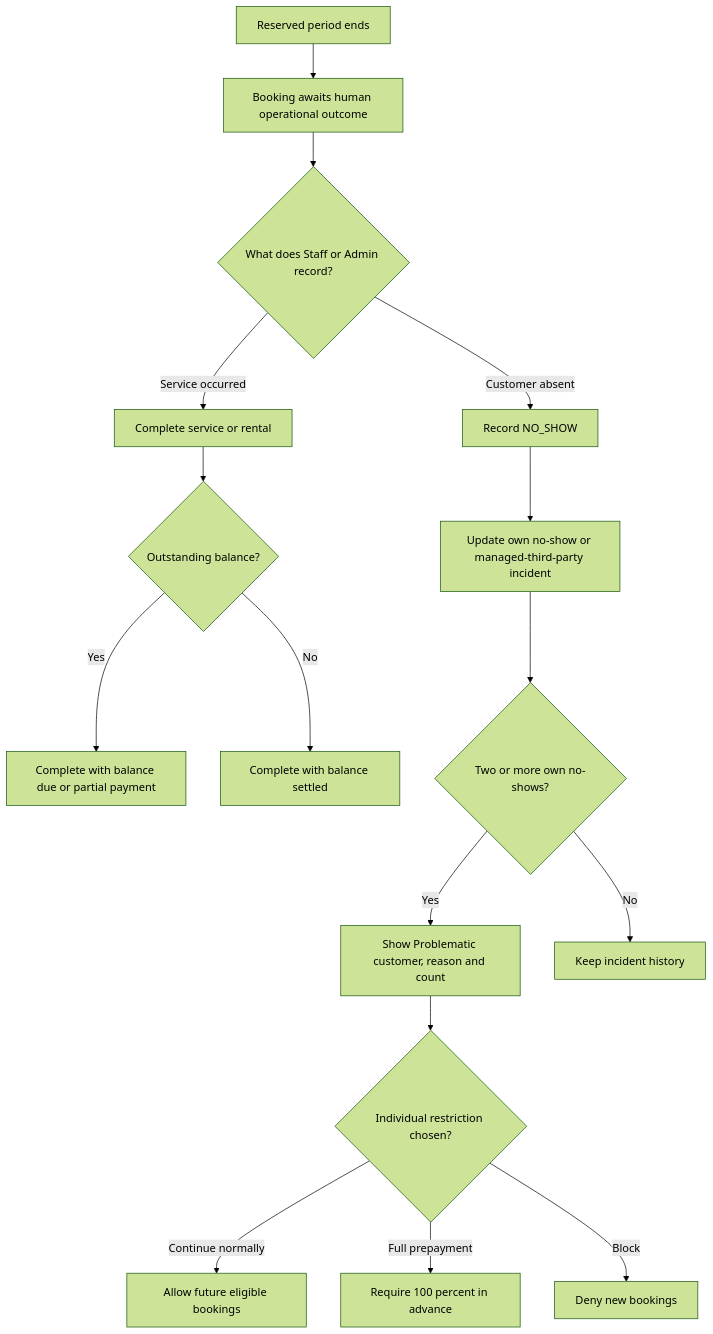
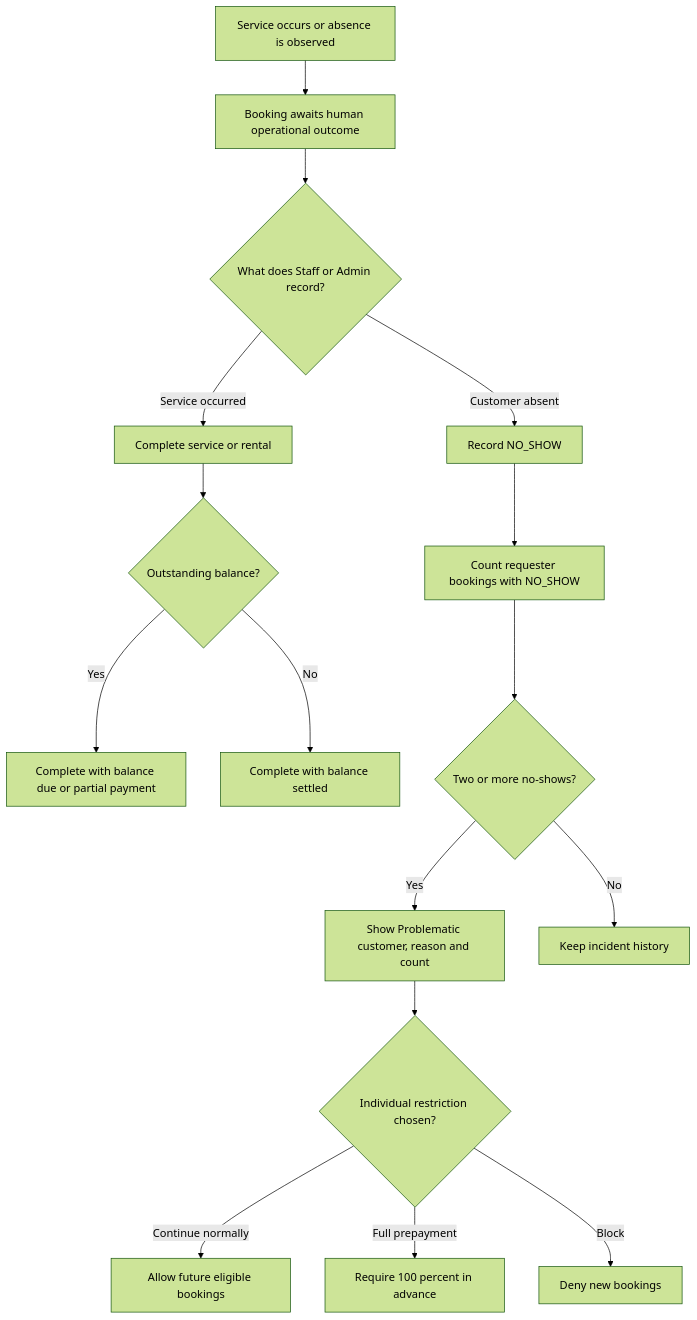
One commit to nanonoir/Agendoxa changed the sixth of 8 diagrams in docs/product-specs/uc-01/flows.md. Above: the diagram before and after it, drawn with Mermaid (forest theme). The commit also changed other lines of this file and 13 other files, not shown here.

````diff
--- a/docs/product-specs/uc-01/flows.md
+++ b/docs/product-specs/uc-01/flows.md
@@ -323,18 +335,18 @@
 ```mermaid
 flowchart TD
-    A[Reserved period ends] --> B[Booking awaits human operational outcome]
+    A[Service occurs or absence is observed] --> B[Booking awaits human operational outcome]
     B --> C{What does Staff or Admin record?}
     C -->|Service occurred| D[Complete service or rental]
     C -->|Customer absent| E[Record NO_SHOW]
     D --> F{Outstanding balance?}
     F -->|Yes| G[Complete with balance due or partial payment]
     F -->|No| H[Complete with balance settled]
-    E --> I[Update own no-show or managed-third-party incident]
-    I --> J{Two or more own no-shows?}
+    E --> I[Count requester bookings with NO_SHOW]
+    I --> J{Two or more no-shows?}
     J -->|Yes| K[Show Problematic customer, reason and count]
     J -->|No| L[Keep incident history]
     K --> M{Individual restriction chosen?}
     M -->|Continue normally| N[Allow future eligible bookings]
     M -->|Full prepayment| O[Require 100 percent in advance]
     M -->|Block| P[Deny new bookings]
 ```
````
